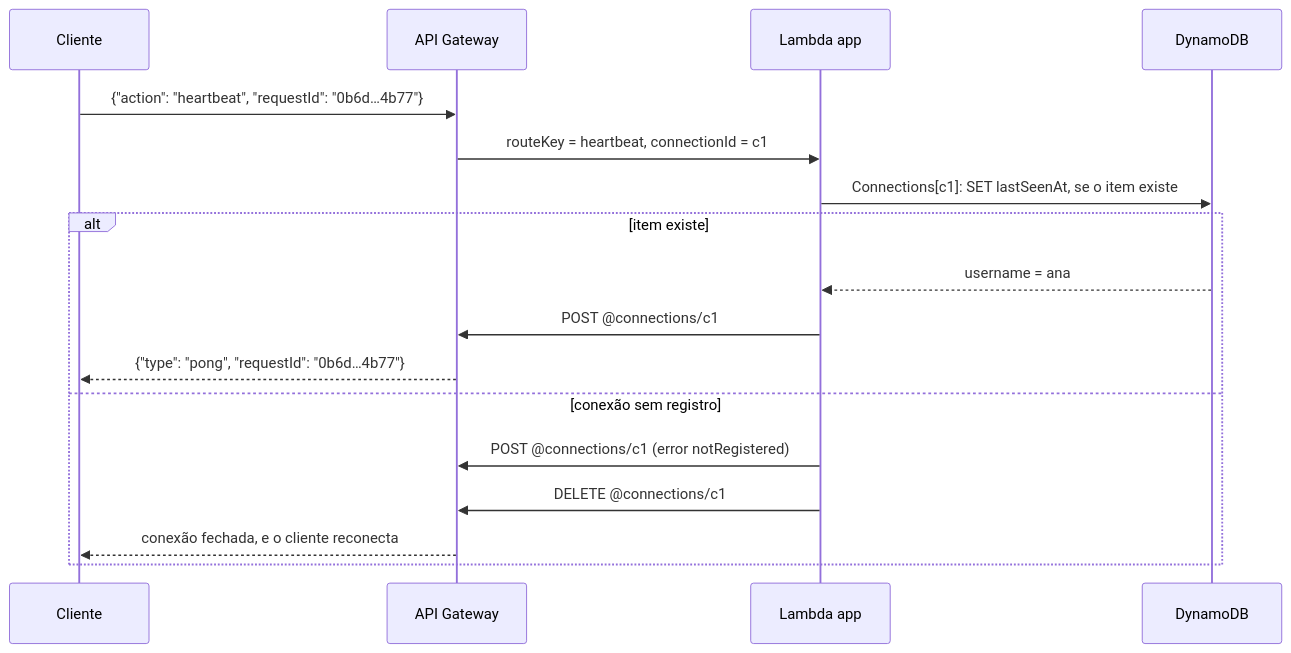
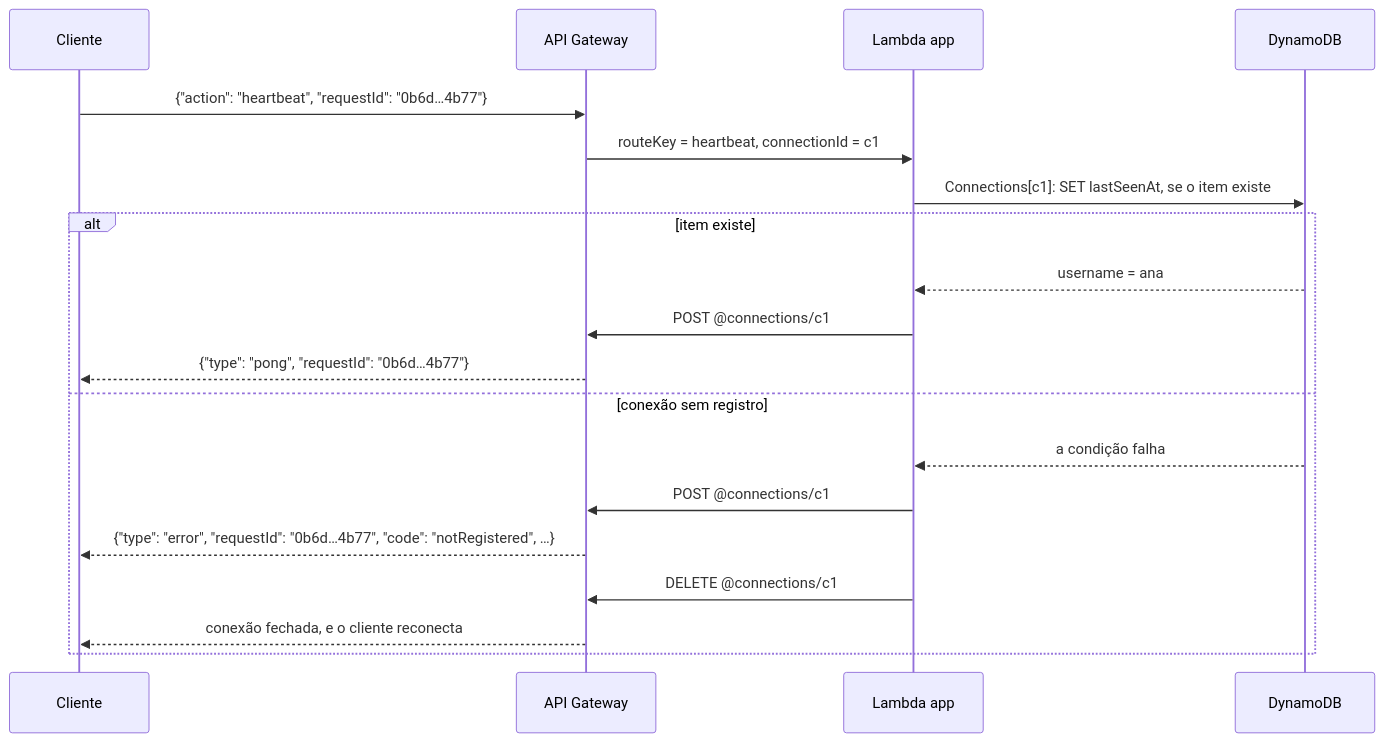
One commit to felipdsa21/hub-websocket-sd changed the third of 4 diagrams in docs/sessao.md. Above: the diagram before and after it, drawn with Mermaid. The commit also changed other lines of this file and 2 other files, not shown here.

````diff
--- a/docs/sessao.md
+++ b/docs/sessao.md
@@ -115,20 +118,22 @@
 ```mermaid
 sequenceDiagram
     participant C as Cliente
     participant G as API Gateway
     participant L as Lambda app
     participant D as DynamoDB
 
     C->>G: {"action": "heartbeat", "requestId": "0b6d…4b77"}
     G->>L: routeKey = heartbeat, connectionId = c1
     L->>D: Connections[c1]: SET lastSeenAt, se o item existe
     alt item existe
         D-->>L: username = ana
         L->>G: POST @connections/c1
         G-->>C: {"type": "pong", "requestId": "0b6d…4b77"}
     else conexão sem registro
-        L->>G: POST @connections/c1 (error notRegistered)
+        D-->>L: a condição falha
+        L->>G: POST @connections/c1
+        G-->>C: {"type": "error", "requestId": "0b6d…4b77", "code": "notRegistered", …}
         L->>G: DELETE @connections/c1
         G-->>C: conexão fechada, e o cliente reconecta
     end
 ```
````
